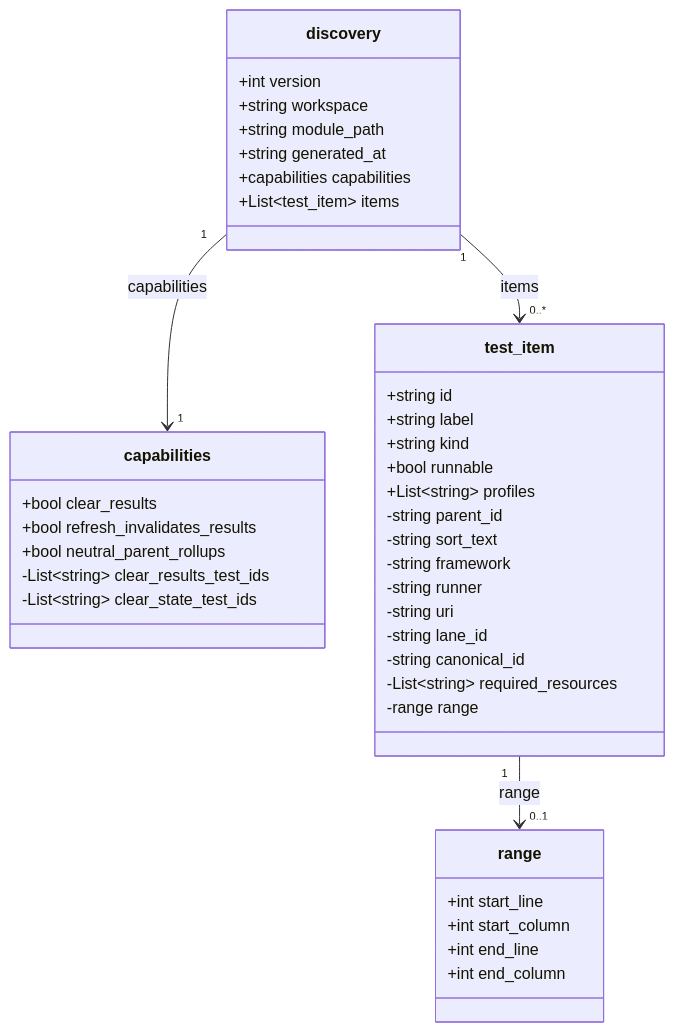
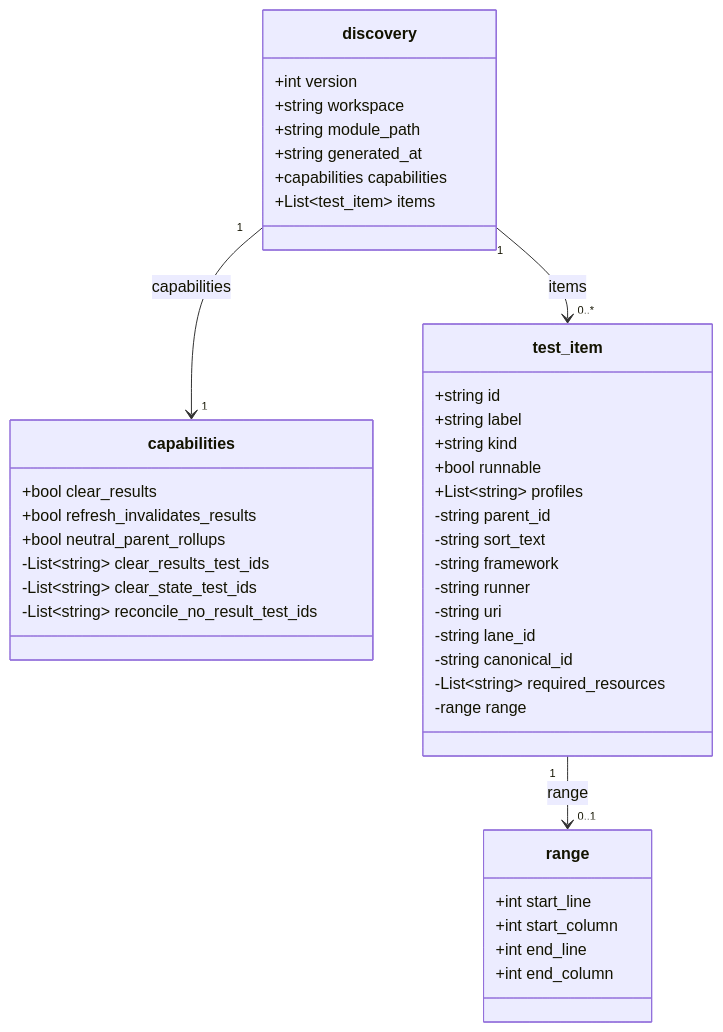
One commit to david-aggeler/keel changed the second of 5 diagrams in docs/wire-schema.md. Above: the diagram before and after it, drawn with Mermaid. The commit also changed other lines of this file and 12 other files, not shown here.

First line of the commit message:
cr-121 red: at-rest reconcile spec + reconcile_no_result_test_ids scaffolding

````diff
--- a/docs/wire-schema.md
+++ b/docs/wire-schema.md
@@ -31,43 +31,44 @@
 ```mermaid
 classDiagram
     class discovery {
         +int version
         +string workspace
         +string module_path
         +string generated_at
         +capabilities capabilities
         +List~test_item~ items
     }
     class capabilities {
         +bool clear_results
         +bool refresh_invalidates_results
         +bool neutral_parent_rollups
         -List~string~ clear_results_test_ids
         -List~string~ clear_state_test_ids
+        -List~string~ reconcile_no_result_test_ids
     }
     class test_item {
         +string id
         +string label
         +string kind
         +bool runnable
         +List~string~ profiles
         -string parent_id
         -string sort_text
         -string framework
         -string runner
         -string uri
         -string lane_id
         -string canonical_id
         -List~string~ required_resources
         -range range
     }
     class range {
         +int start_line
         +int start_column
         +int end_line
         +int end_column
     }
     discovery "1" --> "1" capabilities : capabilities
     discovery "1" --> "0..*" test_item : items
     test_item "1" --> "0..1" range : range
 ```
````
